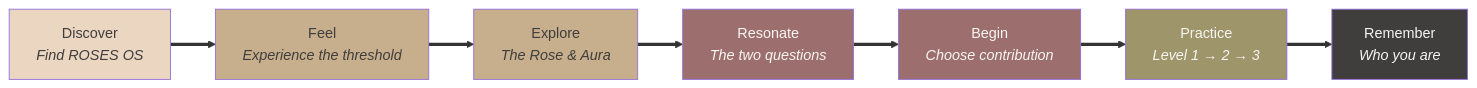
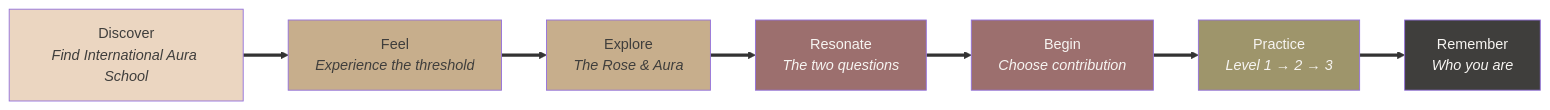
One commit to Light-Brands/roses-os changed diagram 27 of 27 in docs/brand/brand-dna.md. Above: the diagram before and after it, drawn with Mermaid. The commit also changed other lines of this file and 79 other files, not shown here.

First line of the commit message:
Rename ROSES OS to International Aura School across entire codebase

````diff
--- a/docs/brand/brand-dna.md
+++ b/docs/brand/brand-dna.md
@@ -1946,20 +1946,20 @@
 ```mermaid
 graph LR
-    DISCOVER["Discover<br/><i>Find ROSES OS</i>"]
+    DISCOVER["Discover<br/><i>Find International Aura School</i>"]
     FEEL["Feel<br/><i>Experience the threshold</i>"]
     EXPLORE["Explore<br/><i>The Rose & Aura</i>"]
     RESONATE["Resonate<br/><i>The two questions</i>"]
     BEGIN_J["Begin<br/><i>Choose contribution</i>"]
     PRACTICE["Practice<br/><i>Level 1 → 2 → 3</i>"]
     REMEMBER["Remember<br/><i>Who you are</i>"]
 
     DISCOVER ==> FEEL ==> EXPLORE ==> RESONATE ==> BEGIN_J ==> PRACTICE ==> REMEMBER
 
     style DISCOVER fill:#EBD6C1,color:#3F3E3C
     style FEEL fill:#C7AE8C,color:#3F3E3C
     style EXPLORE fill:#C7AE8C,color:#3F3E3C
     style RESONATE fill:#9C6F6E,color:#F7F5F2
     style BEGIN_J fill:#9C6F6E,color:#F7F5F2
     style PRACTICE fill:#9E956B,color:#F7F5F2
     style REMEMBER fill:#3F3E3C,color:#F7F5F2
 ```
````
